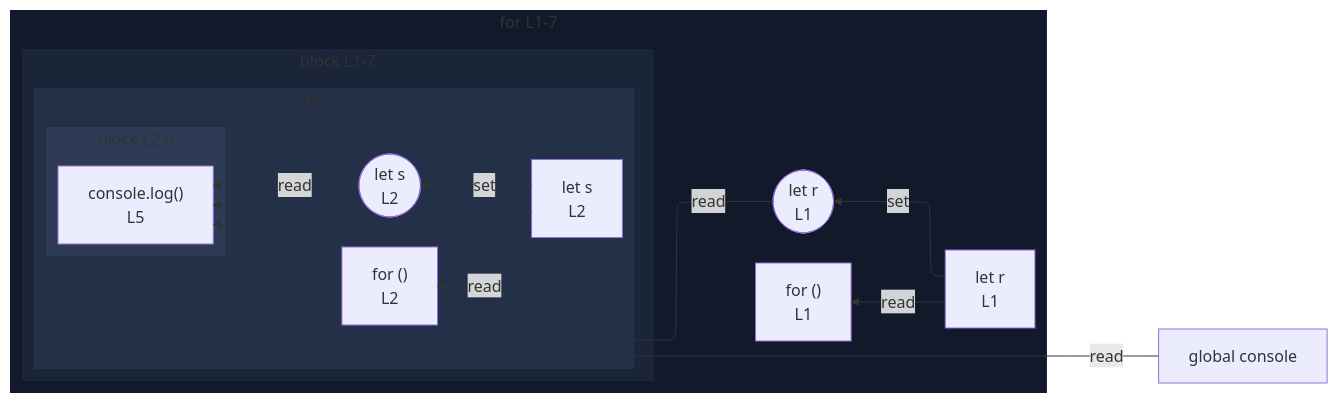
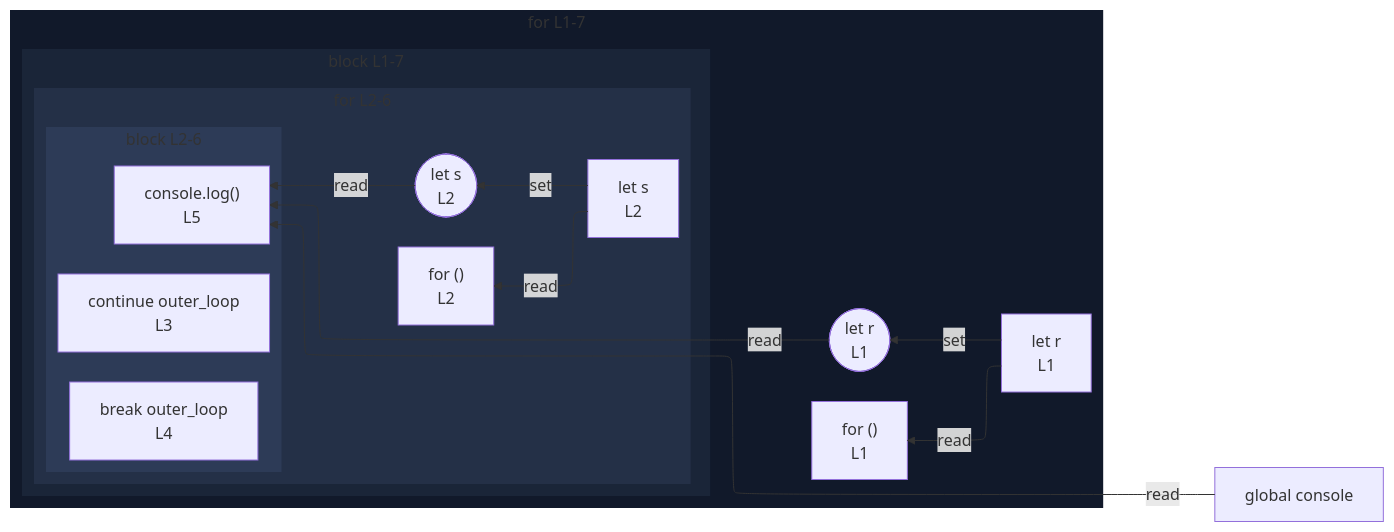
The diagram in integration/fixtures/iteration-statement/classic-for/labeled-break-continue/preview.md (crescware/unsnarl), drawn with Mermaid before and after one commit. The commit also changed 352 other files, not shown here.

````diff
--- a/integration/fixtures/iteration-statement/classic-for/labeled-break-continue/preview.md
+++ b/integration/fixtures/iteration-statement/classic-for/labeled-break-continue/preview.md
@@ -17,39 +17,41 @@
 ```mermaid
 %%{init: {"flowchart": {"defaultRenderer": "elk"}}}%%
 flowchart RL
   n_scope_0_console_151["global console"]
   subgraph s_scope_1["for L1-7"]
     direction RL
     for_test_scope_0_12["for ()<br/>L1"]
     n_scope_1_r_21["let r<br/>L1"]
     wr_ref_2(["let r<br/>L1"])
     subgraph s_scope_2["block L1-7"]
       direction RL
       subgraph s_scope_3["for L2-6"]
         direction RL
         for_test_scope_2_44["for ()<br/>L2"]
         n_scope_3_s_53["let s<br/>L2"]
         wr_ref_5(["let s<br/>L2"])
         subgraph s_scope_4["block L2-6"]
           direction RL
+          bc_continue_91["continue outer_loop<br/>L3"]
+          bc_break_129["break outer_loop<br/>L4"]
           expr_stmt_151["console.log()<br/>L5"]
         end
       end
     end
   end
   n_scope_1_r_21 -->|set| wr_ref_2
   n_scope_3_s_53 -->|set| wr_ref_5
   n_scope_1_r_21 -->|read| for_test_scope_0_12
   n_scope_3_s_53 -->|read| for_test_scope_2_44
   n_scope_0_console_151 -->|read| expr_stmt_151
   wr_ref_2 -->|read| expr_stmt_151
   wr_ref_5 -->|read| expr_stmt_151
   classDef nestL1 fill:#11192a,stroke:transparent;
   class s_scope_1 nestL1;
   classDef nestL2 fill:#1a2538,stroke:transparent;
   class s_scope_2 nestL2;
   classDef nestL3 fill:#243047,stroke:transparent;
   class s_scope_3 nestL3;
   classDef nestL4 fill:#2d3b57,stroke:transparent;
   class s_scope_4 nestL4;
 ```
````
